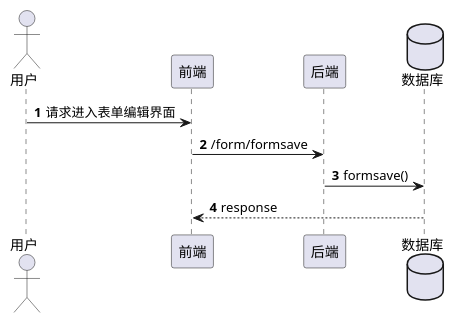
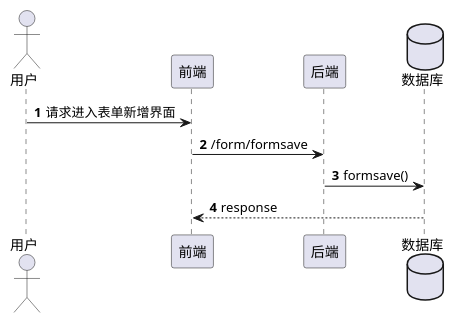
One commit to Tooooooo/workflow_hub changed the diagram in document/uml/form/表单保存.puml. Above: the diagram before and after it, drawn with PlantUML. The commit also changed other lines of this file and 12 other files, not shown here.

Commit message:
时序图和数据库设计

```diff
--- a/document/uml/form/表单保存.puml
+++ b/document/uml/form/表单保存.puml
@@ -1,15 +1,15 @@
 @startuml
 'https://plantuml.com/sequence-diagram
 
 autonumber
 
 actor 用户
 participant 前端
 participant 后端
 database 数据库
 
-用户 -> 前端 : 请求进入表单编辑界面
+用户 -> 前端 : 请求进入表单新增界面
 前端 -> 后端 : /form/formsave
 后端 -> 数据库 : formsave()
 前端 <-- 数据库 : response
 @enduml
```
